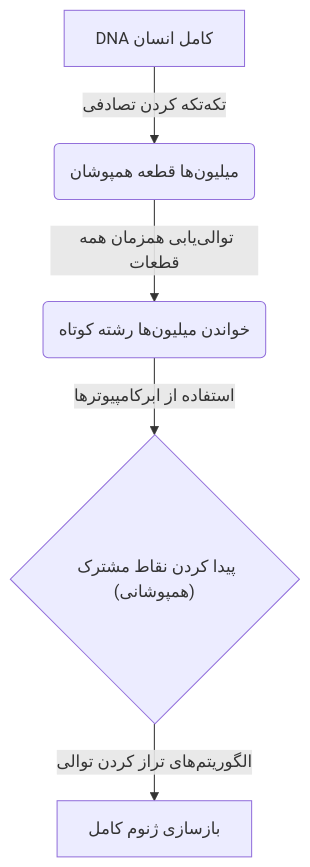
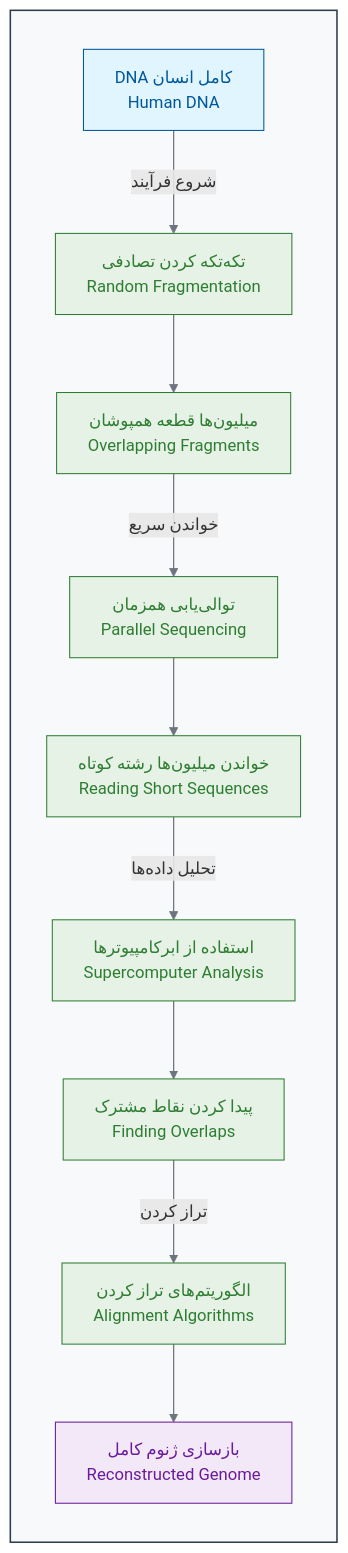
Before and after one commit to rezashahnazar/practical-ai-in-biology-book: the diagram in 01-ai-revolution-in-biology/01-discovery-story-genome-to-personalized-medicine.md, drawn with Mermaid. The commit also changed other lines of this file and 2 other files, not shown here.

````diff
--- a/01-ai-revolution-in-biology/01-discovery-story-genome-to-personalized-medicine.md
+++ b/01-ai-revolution-in-biology/01-discovery-story-genome-to-personalized-medicine.md
@@ -38,7 +38,42 @@
 ```mermaid
-graph TD
-    A["DNA کامل انسان"] -->|"تکه‌تکه کردن تصادفی"| B("میلیون‌ها قطعه همپوشان");
-    B -->|"توالی‌یابی همزمان همه قطعات"| C("خواندن میلیون‌ها رشته کوتاه");
-    C -->|"استفاده از ابرکامپیوترها"| D{"پیدا کردن نقاط مشترک (همپوشانی)"};
-    D -->|"الگوریتم‌های تراز کردن توالی"| E["بازسازی ژنوم کامل"];
+flowchart TD
+    %% Style Definitions
+    classDef phase fill:#f8f9fa,stroke:#2c3e50,stroke-width:1.5px,color:#2c3e50
+    classDef input fill:#e1f5fe,stroke:#01579b,stroke-width:1px,color:#01579b
+    classDef process fill:#e6f2e6,stroke:#2e7d32,stroke-width:1px,color:#2e7d32
+    classDef model fill:#f3e8f7,stroke:#6a1b9a,stroke-width:1px,color:#6a1b9a
+
+    %% Shotgun Sequencing Process
+    subgraph Shotgun [" "]
+        direction TB
+        A["DNA کامل انسان<br>Human DNA"]
+        B["تکه‌تکه کردن تصادفی<br>Random Fragmentation"]
+        C["میلیون‌ها قطعه همپوشان<br>Overlapping Fragments"]
+        D["توالی‌یابی همزمان<br>Parallel Sequencing"]
+        E["خواندن میلیون‌ها رشته کوتاه<br>Reading Short Sequences"]
+        F["استفاده از ابرکامپیوترها<br>Supercomputer Analysis"]
+        G["پیدا کردن نقاط مشترک<br>Finding Overlaps"]
+        H["الگوریتم‌های تراز کردن<br>Alignment Algorithms"]
+        I["بازسازی ژنوم کامل<br>Reconstructed Genome"]
+    end
+
+    %% Connections
+    A -->|"شروع فرآیند"| B
+    B --> C
+    C -->|"خواندن سریع"| D
+    D --> E
+    E -->|"تحلیل داده‌ها"| F
+    F --> G
+    G -->|"تراز کردن"| H
+    H --> I
+
+    %% Apply Styles
+    class Shotgun phase
+    class A input
+    class B,C,D,E,F,G,H process
+    class I model
+
+    %% Additional Styling for Rounded Shapes and Spacing
+    style Shotgun fill:#f8f9fa,stroke:#2c3e50,stroke-width:1.5px
+    linkStyle default stroke:#6c757d,stroke-width:1.2px
 ```
````
